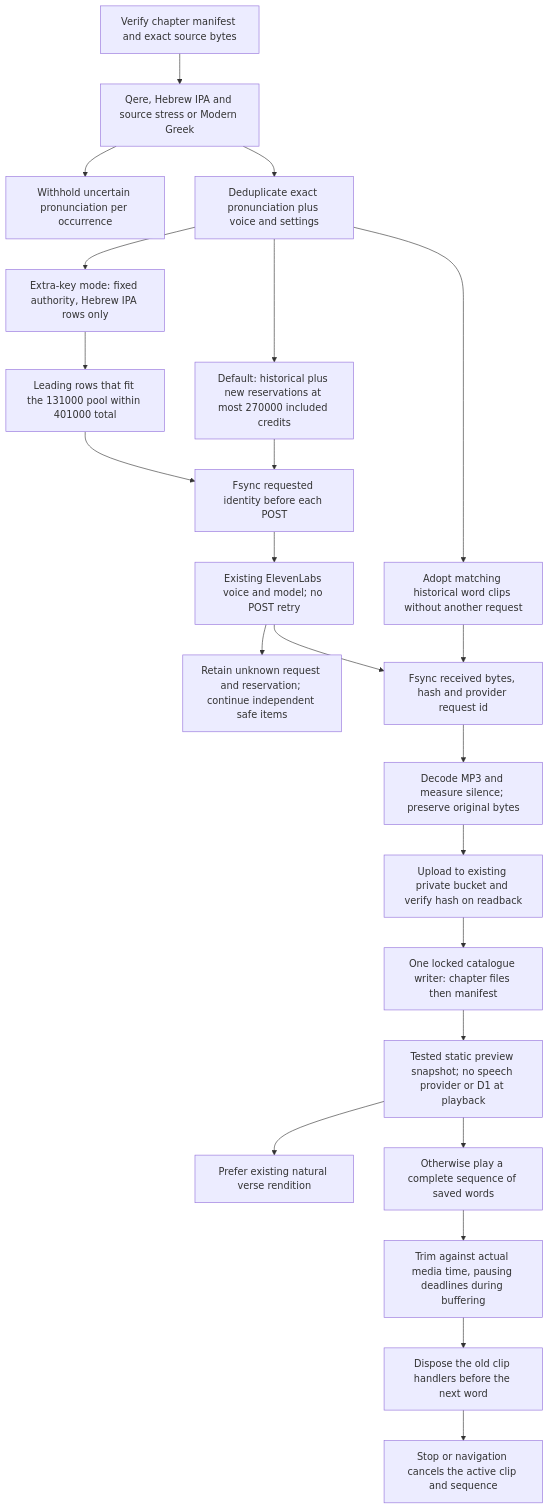
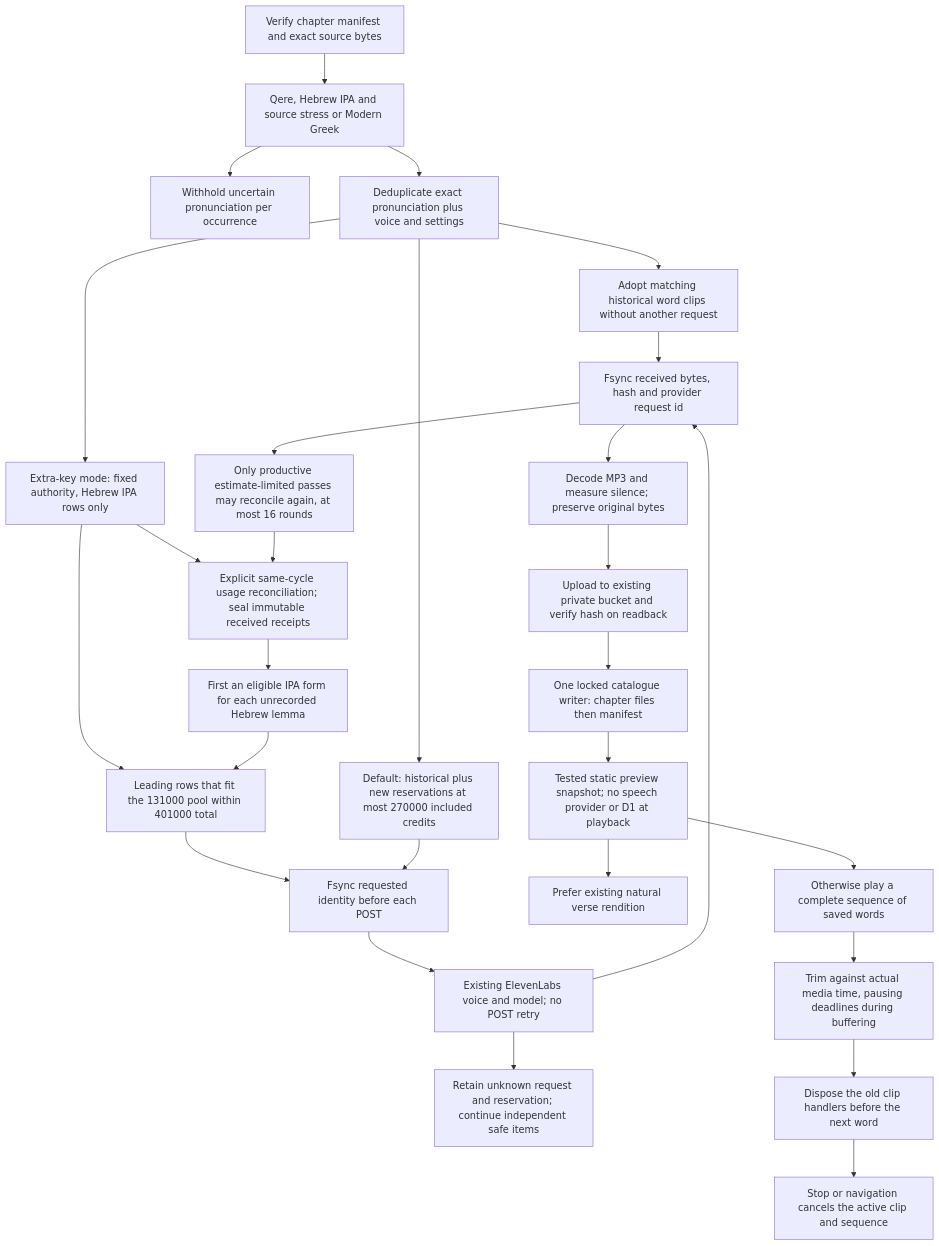
Before and after one commit to loveJesus/visual-biblical-language-reader-chirho: the diagram in spec-chirho/workflows-chirho/reusable-word-audio-chirho.md, drawn with Mermaid. The commit also changed other lines of this file and 8 other files, not shown here.

Commit message:
Prioritize missing IPA lemmas and reconcile included audio credits

````diff
--- a/spec-chirho/workflows-chirho/reusable-word-audio-chirho.md
+++ b/spec-chirho/workflows-chirho/reusable-word-audio-chirho.md
@@ -7,25 +7,30 @@
 ```mermaid
 flowchart TD
   source_chirho[Verify chapter manifest and exact source bytes] --> analysis_chirho[Qere, Hebrew IPA and source stress or Modern Greek]
   analysis_chirho --> holds_chirho[Withhold uncertain pronunciation per occurrence]
   analysis_chirho --> identity_chirho[Deduplicate exact pronunciation plus voice and settings]
   identity_chirho --> cache_chirho[Adopt matching historical word clips without another request]
   identity_chirho --> budget_chirho[Default: historical plus new reservations at most 270000 included credits]
   identity_chirho --> funded_chirho[Extra-key mode: fixed authority, Hebrew IPA rows only]
   funded_chirho --> pool_chirho[Leading rows that fit the 131000 pool within 401000 total]
+  funded_chirho --> reconcile_chirho[Explicit same-cycle usage reconciliation; seal immutable received receipts]
+  reconcile_chirho --> seed_chirho[First an eligible IPA form for each unrecorded Hebrew lemma]
+  seed_chirho --> pool_chirho
+  received_chirho --> next_settlement_chirho[Only productive estimate-limited passes may reconcile again, at most 16 rounds]
+  next_settlement_chirho --> reconcile_chirho
   pool_chirho --> receipt_chirho
   budget_chirho --> receipt_chirho[Fsync requested identity before each POST]
   receipt_chirho --> synthesis_chirho[Existing ElevenLabs voice and model; no POST retry]
   synthesis_chirho --> unknown_chirho[Retain unknown request and reservation; continue independent safe items]
   synthesis_chirho --> received_chirho[Fsync received bytes, hash and provider request id]
   cache_chirho --> received_chirho
   received_chirho --> decode_chirho[Decode MP3 and measure silence; preserve original bytes]
   decode_chirho --> r2_chirho[Upload to existing private bucket and verify hash on readback]
   r2_chirho --> catalogue_chirho[One locked catalogue writer: chapter files then manifest]
   catalogue_chirho --> snapshot_chirho[Tested static preview snapshot; no speech provider or D1 at playback]
   snapshot_chirho --> natural_chirho[Prefer existing natural verse rendition]
   snapshot_chirho --> assembled_chirho[Otherwise play a complete sequence of saved words]
   assembled_chirho --> clip_clock_chirho[Trim against actual media time, pausing deadlines during buffering]
   clip_clock_chirho --> next_word_chirho[Dispose the old clip handlers before the next word]
   next_word_chirho --> cancel_chirho[Stop or navigation cancels the active clip and sequence]
 ```
````
